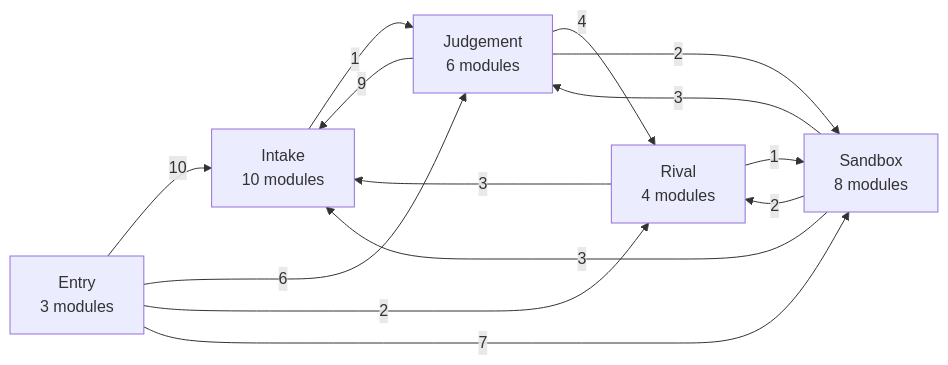
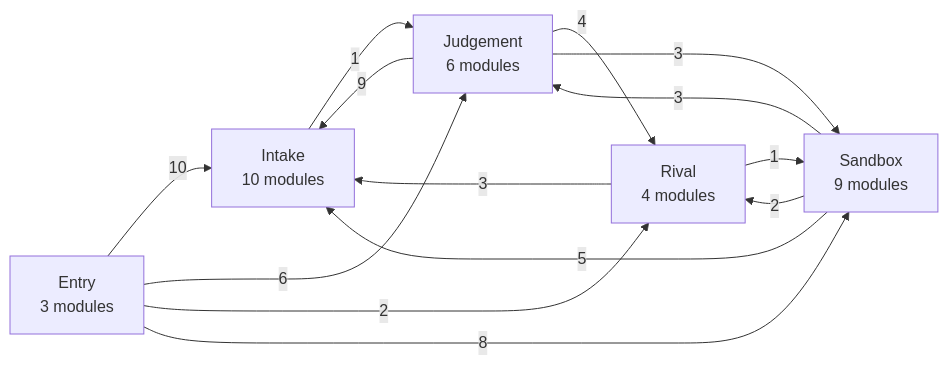
One commit to Okan-wqm/snowball-mcp changed the second of 8 diagrams in docs/harita.md. Above: the diagram before and after it, drawn with Mermaid. The commit also changed other lines of this file and 19 other files, not shown here.

````diff
--- a/docs/harita.md
+++ b/docs/harita.md
@@ -87,21 +91,21 @@
 ```mermaid
 flowchart LR
   a_Entry["Entry<br/>3 modules"]
   a_Intake["Intake<br/>10 modules"]
-  a_Sandbox["Sandbox<br/>8 modules"]
+  a_Sandbox["Sandbox<br/>9 modules"]
   a_Rival["Rival<br/>4 modules"]
   a_Judgement["Judgement<br/>6 modules"]
   a_Entry -->|10| a_Intake
   a_Entry -->|6| a_Judgement
   a_Entry -->|2| a_Rival
-  a_Entry -->|7| a_Sandbox
+  a_Entry -->|8| a_Sandbox
   a_Intake -->|1| a_Judgement
   a_Judgement -->|9| a_Intake
   a_Judgement -->|4| a_Rival
-  a_Judgement -->|2| a_Sandbox
+  a_Judgement -->|3| a_Sandbox
   a_Rival -->|3| a_Intake
   a_Rival -->|1| a_Sandbox
-  a_Sandbox -->|3| a_Intake
+  a_Sandbox -->|5| a_Intake
   a_Sandbox -->|3| a_Judgement
   a_Sandbox -->|2| a_Rival
 ```
````
